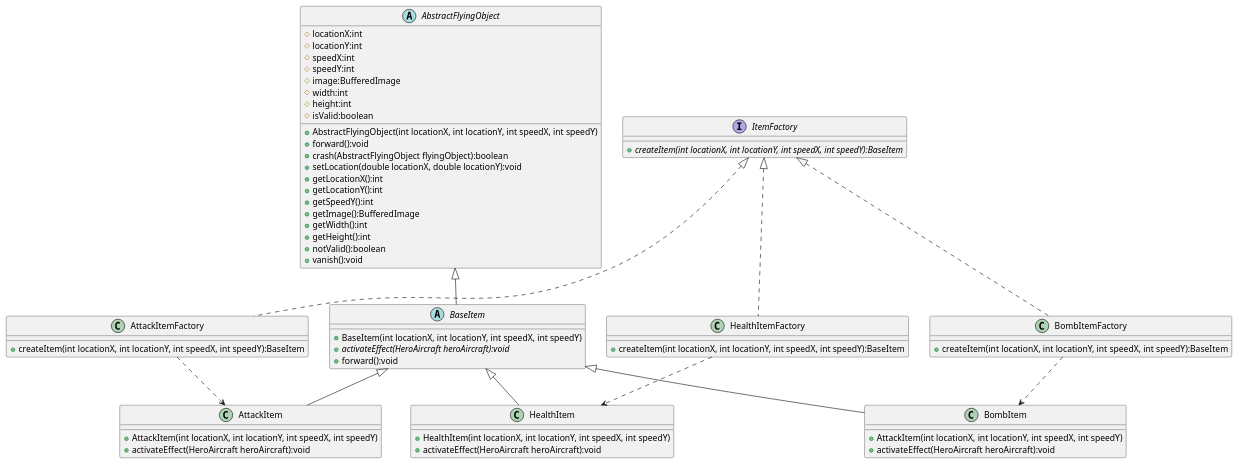
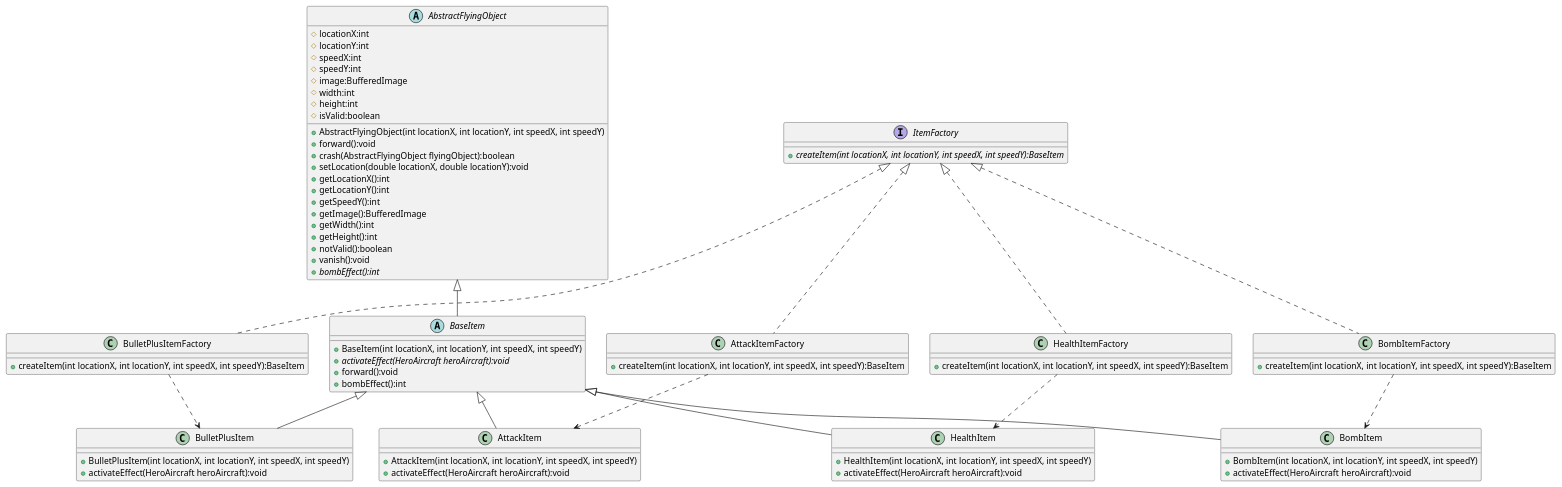
Before and after one commit to ZhouYuan307/AircraftWar: the diagram in uml/ItemFactory.puml, drawn with PlantUML. The commit also changed 16 other files, not shown here.

Commit message:
docs: update the uml image fix: fix some small bugs refactor: delete useless functions and codes

```diff
--- a/uml/ItemFactory.puml
+++ b/uml/ItemFactory.puml
@@ -1,75 +1,90 @@
 @startuml
 'https://plantuml.com/class-diagram
 abstract class AbstractFlyingObject
 {
     # locationX:int
     # locationY:int
     # speedX:int
     # speedY:int
     # image:BufferedImage
     # width:int
     # height:int
     # isValid:boolean
 
     + AbstractFlyingObject(int locationX, int locationY, int speedX, int speedY)
     + forward():void
     + crash(AbstractFlyingObject flyingObject):boolean
     + setLocation(double locationX, double locationY):void
     + getLocationX():int
     + getLocationY():int
     + getSpeedY():int
     + getImage():BufferedImage
     + getWidth():int
     + getHeight():int
     + notValid():boolean
     + vanish():void
+    + {abstract}bombEffect():int
+
 }
 
- abstract class BaseItem{
-     + BaseItem(int locationX, int locationY, int speedX, int speedY)
-     + {abstract}activateEffect(HeroAircraft heroAircraft):void
-     + forward():void
- }
+abstract class BaseItem{
+    + BaseItem(int locationX, int locationY, int speedX, int speedY)
+    + {abstract}activateEffect(HeroAircraft heroAircraft):void
+    + forward():void
+    + bombEffect():int
+}
  AbstractFlyingObject <|-- BaseItem
 
 interface ItemFactory {
     +{abstract}createItem(int locationX, int locationY, int speedX, int speedY):BaseItem
 }
 
 class HealthItemFactory{
     +createItem(int locationX, int locationY, int speedX, int speedY):BaseItem
 }
 ItemFactory <|.. HealthItemFactory
 
 class BombItemFactory{
     +createItem(int locationX, int locationY, int speedX, int speedY):BaseItem
 }
 ItemFactory <|.. BombItemFactory
 
 class AttackItemFactory{
     +createItem(int locationX, int locationY, int speedX, int speedY):BaseItem
 }
 ItemFactory <|.. AttackItemFactory
 
+class BulletPlusItemFactory{
+    +createItem(int locationX, int locationY, int speedX, int speedY):BaseItem
+}
+ItemFactory <|.. BulletPlusItemFactory
 
 class AttackItem {
     + AttackItem(int locationX, int locationY, int speedX, int speedY)
     + activateEffect(HeroAircraft heroAircraft):void
 }
 AttackItemFactory ..> AttackItem
 BaseItem <|-- AttackItem
 
 class BombItem {
-    + AttackItem(int locationX, int locationY, int speedX, int speedY)
+    + BombItem(int locationX, int locationY, int speedX, int speedY)
     + activateEffect(HeroAircraft heroAircraft):void
 }
 BombItemFactory ..> BombItem
 BaseItem <|-- BombItem
 
 class HealthItem {
     + HealthItem(int locationX, int locationY, int speedX, int speedY)
     + activateEffect(HeroAircraft heroAircraft):void
 }
 HealthItemFactory ..> HealthItem
 BaseItem <|-- HealthItem
+
+
+class BulletPlusItem {
+    + BulletPlusItem(int locationX, int locationY, int speedX, int speedY)
+    + activateEffect(HeroAircraft heroAircraft):void
+}
+BulletPlusItemFactory ..> BulletPlusItem
+BaseItem <|-- BulletPlusItem
 @enduml
```
